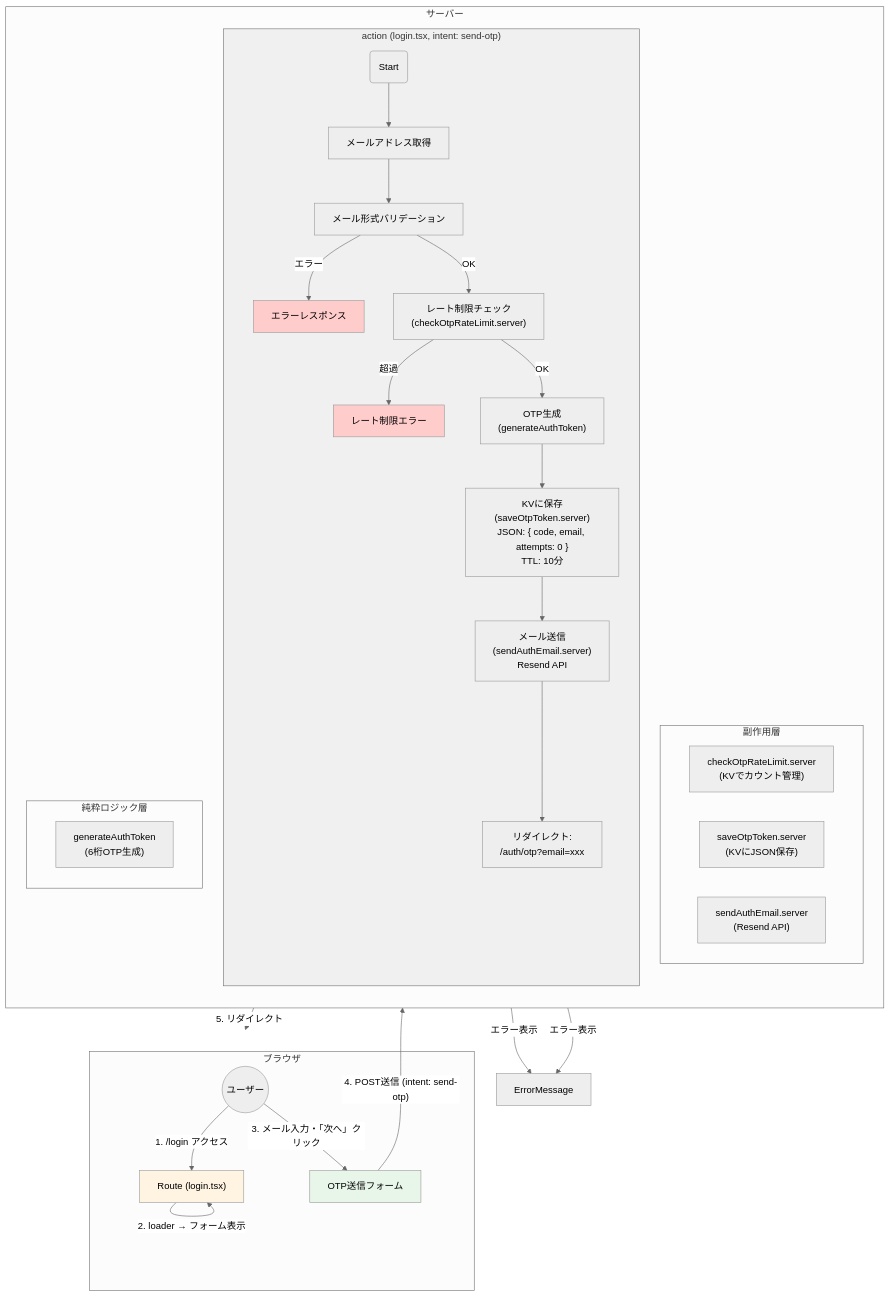
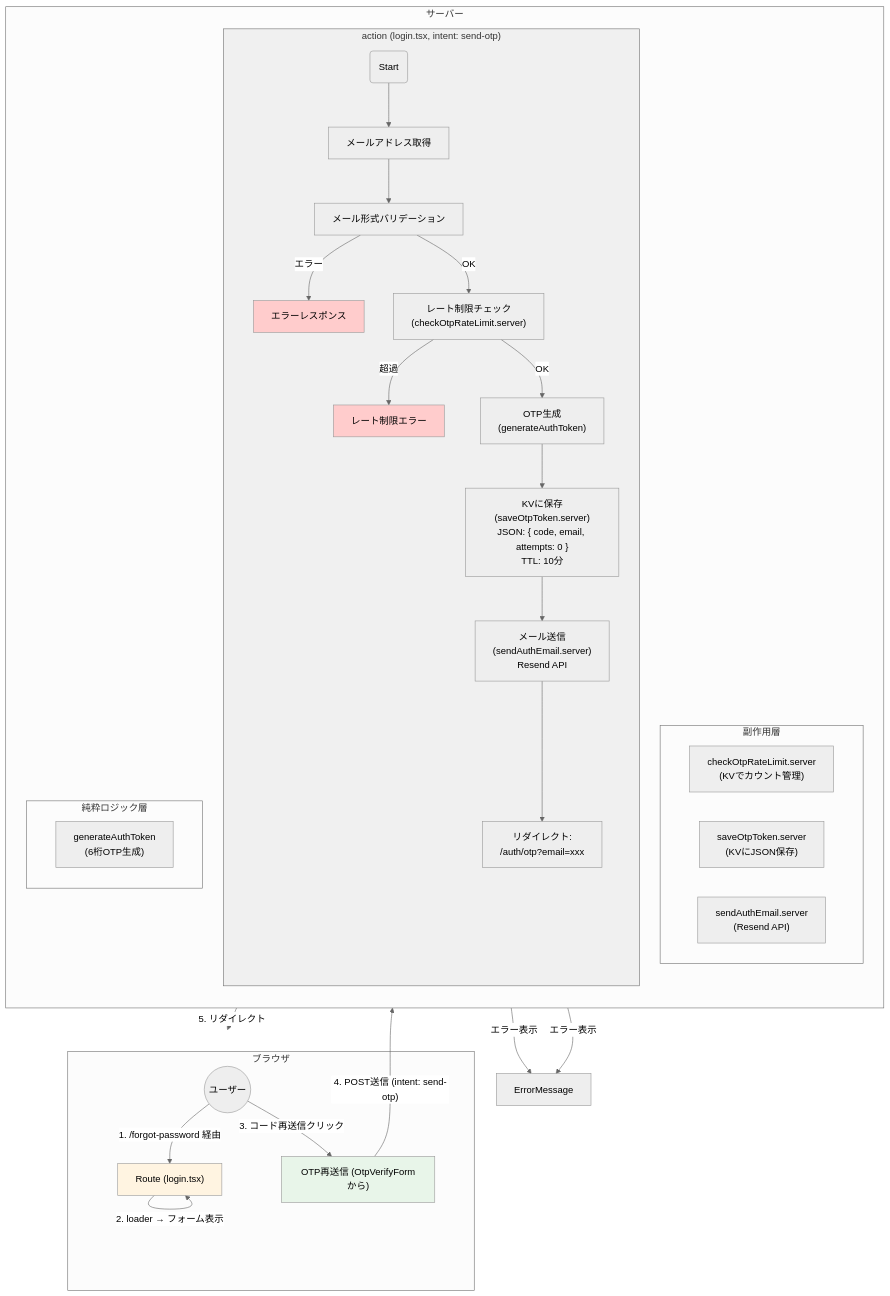
The sixth of 18 diagrams in develop/account/authentication/data-flow-diagram.md (tezuka-Akihiro/ClaudeMix), drawn with Mermaid (neutral theme) before and after one commit. The commit also changed other lines of this file and 36 other files, not shown here.

````diff
--- a/develop/account/authentication/data-flow-diagram.md
+++ b/develop/account/authentication/data-flow-diagram.md
@@ -312,46 +319,46 @@
 ```mermaid
 graph TD
     subgraph Browser["ブラウザ"]
-        User((ユーザー)) -- "1. /login アクセス" --> LoginRoute["Route (login.tsx)"]
-        User -- "3. メール入力・「次へ」クリック" --> OtpForm["OTP送信フォーム"]
+        User((ユーザー)) -- "1. /forgot-password 経由" --> LoginRoute["Route (login.tsx)"]
+        User -- "3. コード再送信クリック" --> OtpForm["OTP再送信 (OtpVerifyFormから)"]
     end
 
     subgraph Server["サーバー"]
         direction TB
 
         subgraph Action["action (login.tsx, intent: send-otp)"]
             Action_Start("Start") --> GetEmail["メールアドレス取得"]
             GetEmail --> ValidateEmail["メール形式バリデーション"]
             ValidateEmail -- "エラー" --> ReturnError["エラーレスポンス"]
             ValidateEmail -- "OK" --> CheckRate["レート制限チェック<br/>(checkOtpRateLimit.server)"]
             CheckRate -- "超過" --> ReturnRateError["レート制限エラー"]
             CheckRate -- "OK" --> GenerateOtp["OTP生成<br/>(generateAuthToken)"]
             GenerateOtp --> SaveOtp["KVに保存<br/>(saveOtpToken.server)<br/>JSON: { code, email, attempts: 0 }<br/>TTL: 10分"]
             SaveOtp --> SendEmail["メール送信<br/>(sendAuthEmail.server)<br/>Resend API"]
             SendEmail --> ActionEnd["リダイレクト:<br/>/auth/otp?email=xxx"]
         end
 
         OtpForm -- "4. POST送信 (intent: send-otp)" --> Action_Start
         LoginRoute -- "2. loader → フォーム表示" --> LoginRoute
 
         subgraph DataIO["副作用層"]
             CheckRate_Detail["checkOtpRateLimit.server<br/>(KVでカウント管理)"]
             SaveOtp_Detail["saveOtpToken.server<br/>(KVにJSON保存)"]
             SendEmail_Detail["sendAuthEmail.server<br/>(Resend API)"]
         end
 
         subgraph Lib["純粋ロジック層"]
             GenerateOtp_Detail["generateAuthToken<br/>(6桁OTP生成)"]
         end
     end
 
     ActionEnd -- "5. リダイレクト" --> Browser
     ReturnError -- "エラー表示" --> ErrorMsg["ErrorMessage"]
     ReturnRateError -- "エラー表示" --> ErrorMsg
 
     style LoginRoute fill:#fff4e1
     style Action fill:#f0f0f0
     style OtpForm fill:#e8f5e9
     style ReturnError fill:#ffcccc
     style ReturnRateError fill:#ffcccc
 ```
````
